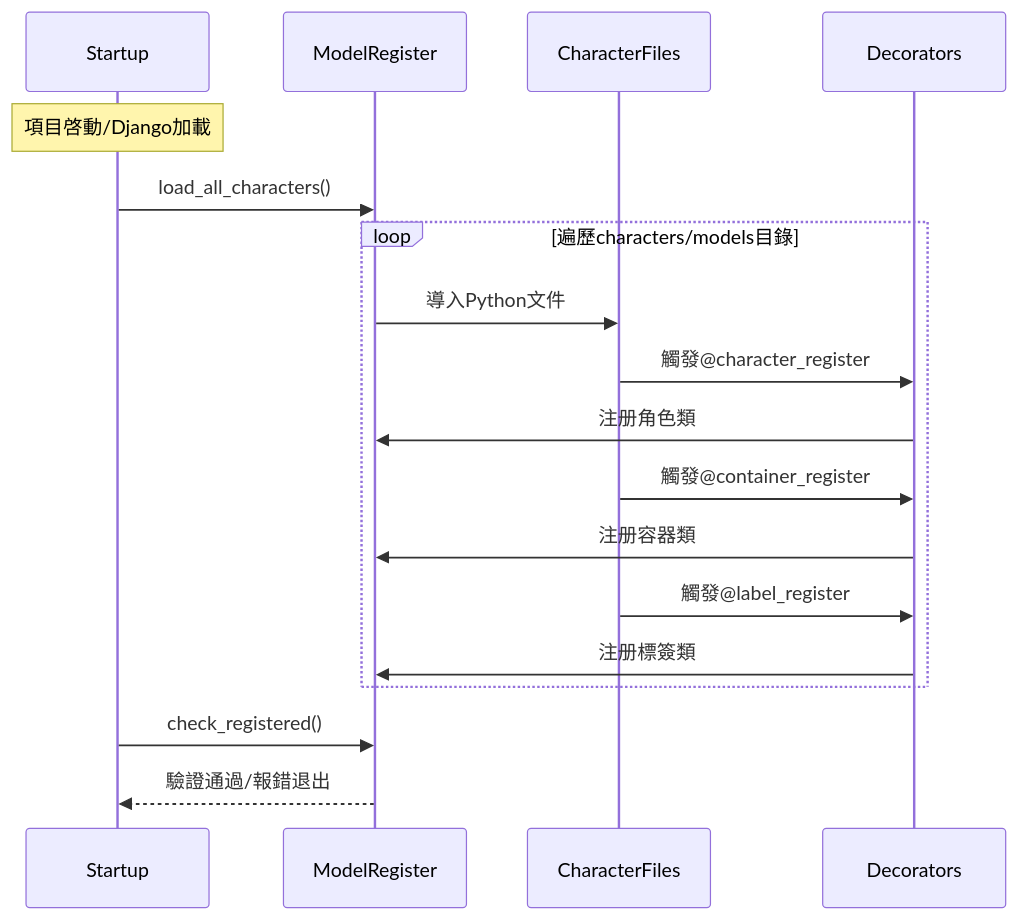
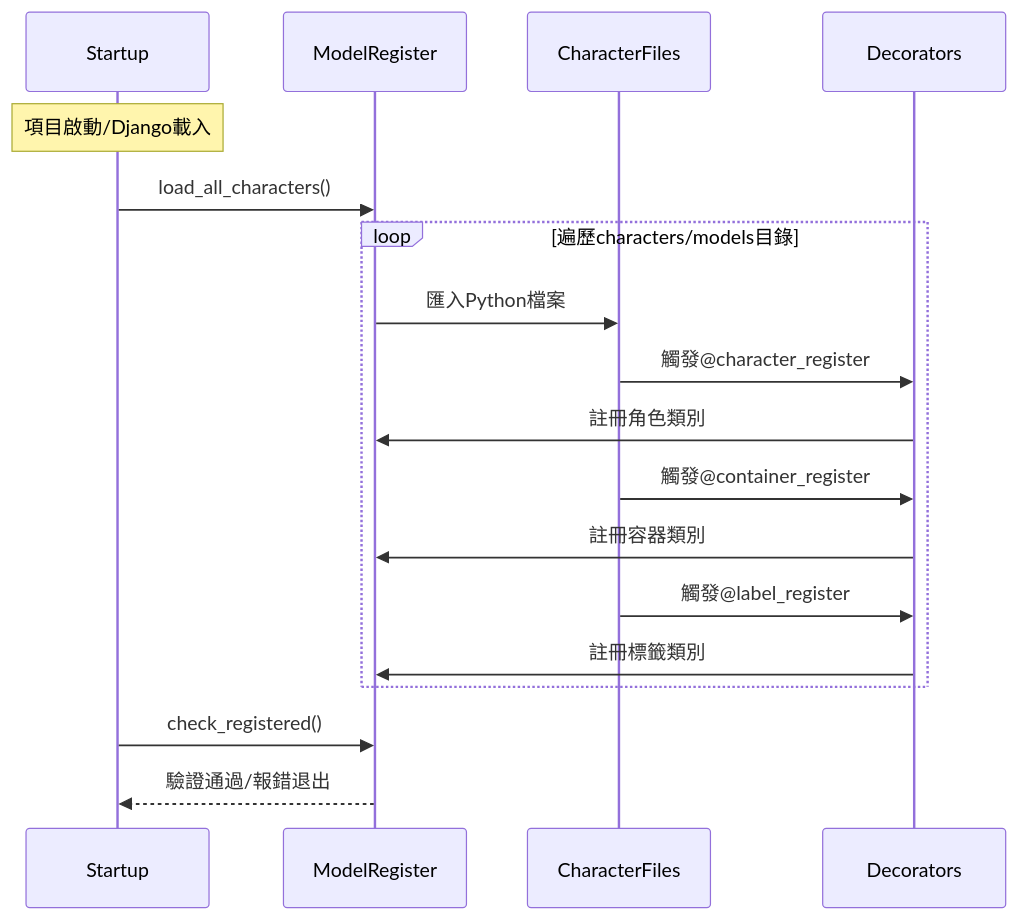
Diagram 20 of 48 in readme.md (lizzary/Quantitative-Strategy-Management-and-Monitoring-System-Platform), drawn with Mermaid before and after one commit. The commit also changed other lines of this file, not shown here.

````diff
--- a/readme.md
+++ b/readme.md
@@ -1471,25 +1503,25 @@
 ```mermaid
 sequenceDiagram
     participant Startup
     participant ModelRegister
     participant CharacterFiles
     participant Decorators
     
-    Note over Startup: 項目啓動/Django加載
+    Note over Startup: 項目啟動/Django載入
     Startup->>ModelRegister: load_all_characters()
     
     loop 遍歷characters/models目錄
-        ModelRegister->>CharacterFiles: 導入Python文件
+        ModelRegister->>CharacterFiles: 匯入Python檔案
         CharacterFiles->>Decorators: 觸發@character_register
-        Decorators->>ModelRegister: 注册角色類
+        Decorators->>ModelRegister: 註冊角色類別
         
         CharacterFiles->>Decorators: 觸發@container_register
-        Decorators->>ModelRegister: 注册容器類
+        Decorators->>ModelRegister: 註冊容器類別
         
         CharacterFiles->>Decorators: 觸發@label_register  
-        Decorators->>ModelRegister: 注册標簽類
+        Decorators->>ModelRegister: 註冊標籤類別
     end
     
     Startup->>ModelRegister: check_registered()
     ModelRegister-->>Startup: 驗證通過/報錯退出
 ```
````
